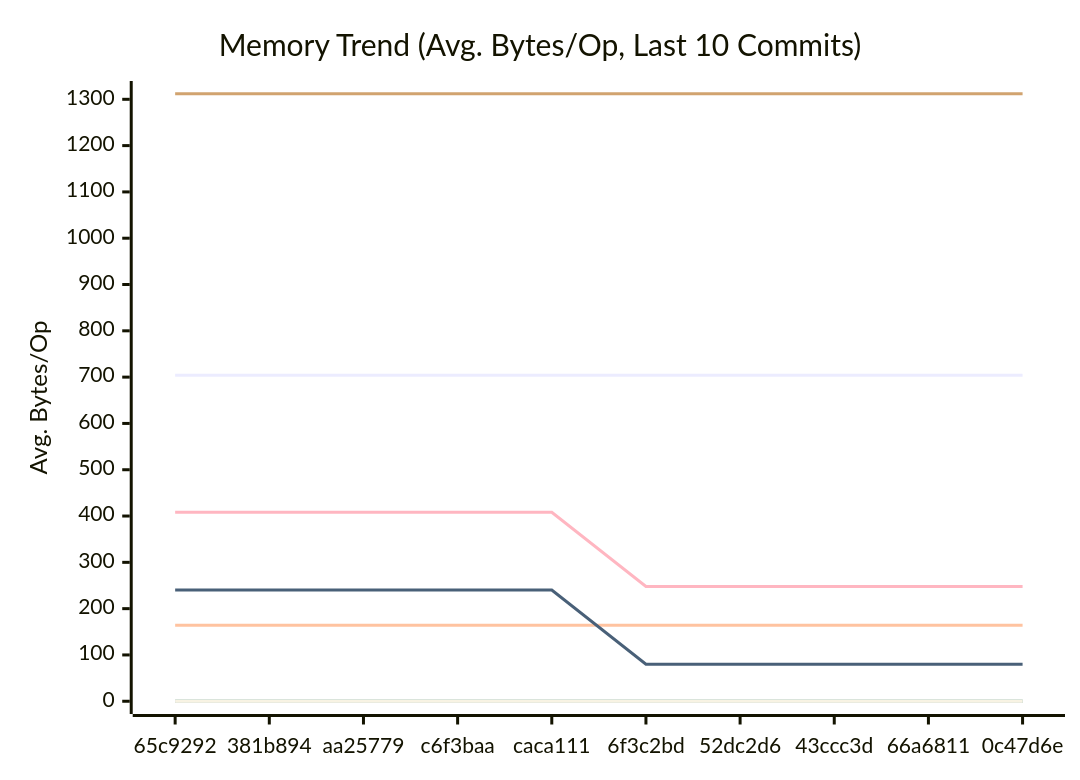
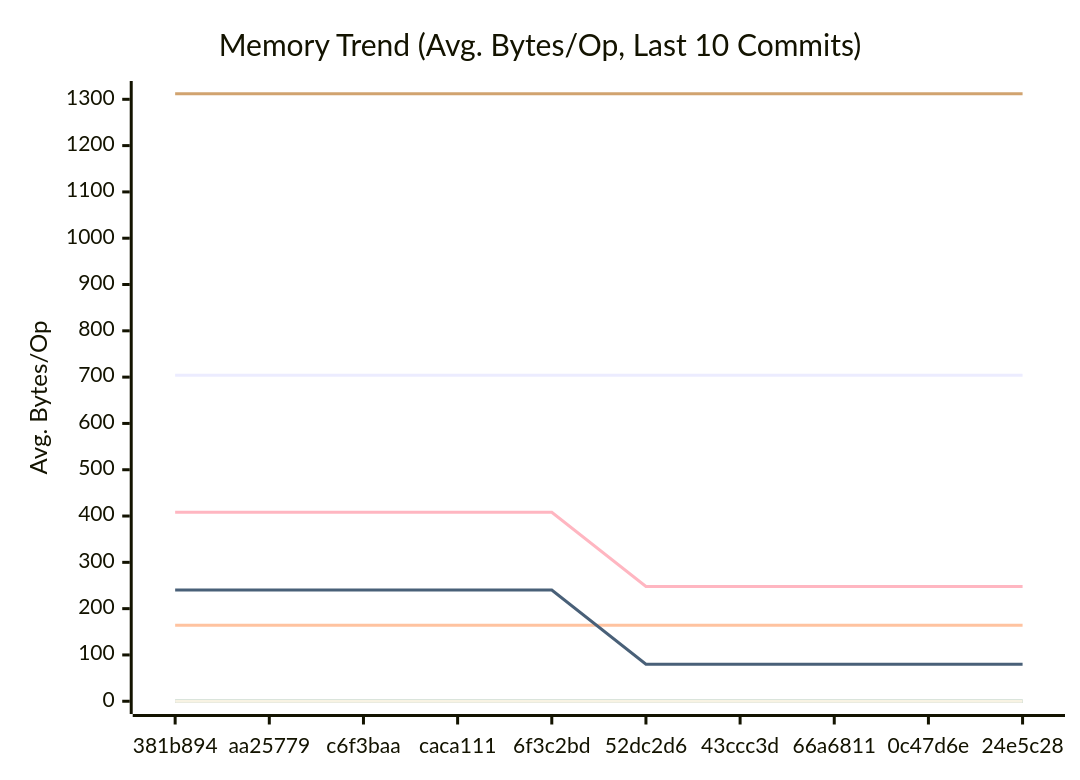
One commit to alsotoes/momo changed the second of 3 diagrams in docs/PERFORMANCE.md. Above: the diagram before and after it, drawn with Mermaid. The commit also changed other lines of this file and 2 other files, not shown here.

````diff
--- a/docs/PERFORMANCE.md
+++ b/docs/PERFORMANCE.md
@@ -152,18 +152,18 @@
 ```mermaid
 xychart-beta
     title "Memory Trend (Avg. Bytes/Op, Last 10 Commits)"
     x-axis "Commit"
     y-axis "Avg. Bytes/Op"
-    x-axis [65c9292,381b894,aa25779,c6f3baa,caca111,6f3c2bd,52dc2d6,43ccc3d,66a6811,0c47d6e]
+    x-axis [381b894,aa25779,c6f3baa,caca111,6f3c2bd,52dc2d6,43ccc3d,66a6811,0c47d6e,24e5c28]
     line "CheckMetricsAndSwap" [0,0,0,0,0,0,0,0,0,0]
     line "CrushOptimized" [0,0,0,0,0,0,0,0,0,0]
     line "CrushOriginal" [164,164,164,164,164,164,164,164,164,164]
     line "IndexDirectTracking" [0,0,0,0,0,0,0,0,0,0]
     line "IndexSearch" [0,0,0,0,0,0,0,0,0,0]
     line "LoadGlobalConfig" [1312,1312,1312,1312,1312,1312,1312,1312,1312,1312]
     line "PadString" [0,0,0,0,0,0,0,0,0,0]
     line "ParseReplicationOrder_NoPrealloc" [408,408,408,408,408,248,248,248,248,248]
     line "ParseReplicationOrder_Prealloc" [240,240,240,240,240,80,80,80,80,80]
     line "SanitizeLog/Safe" [0,0,0,0,0,0,0,0,0,0]
     line "SanitizeLog/Unsafe" [704,704,704,704,704,704,704,704,704,704]
 ```
````
